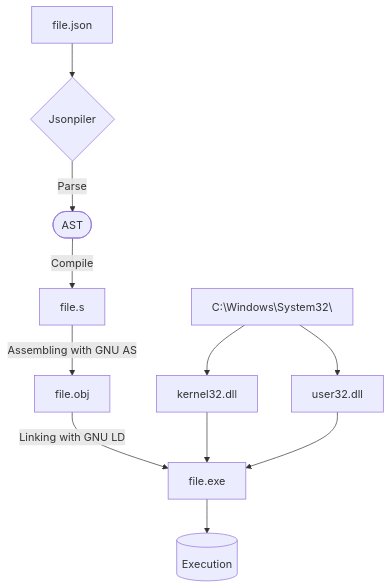
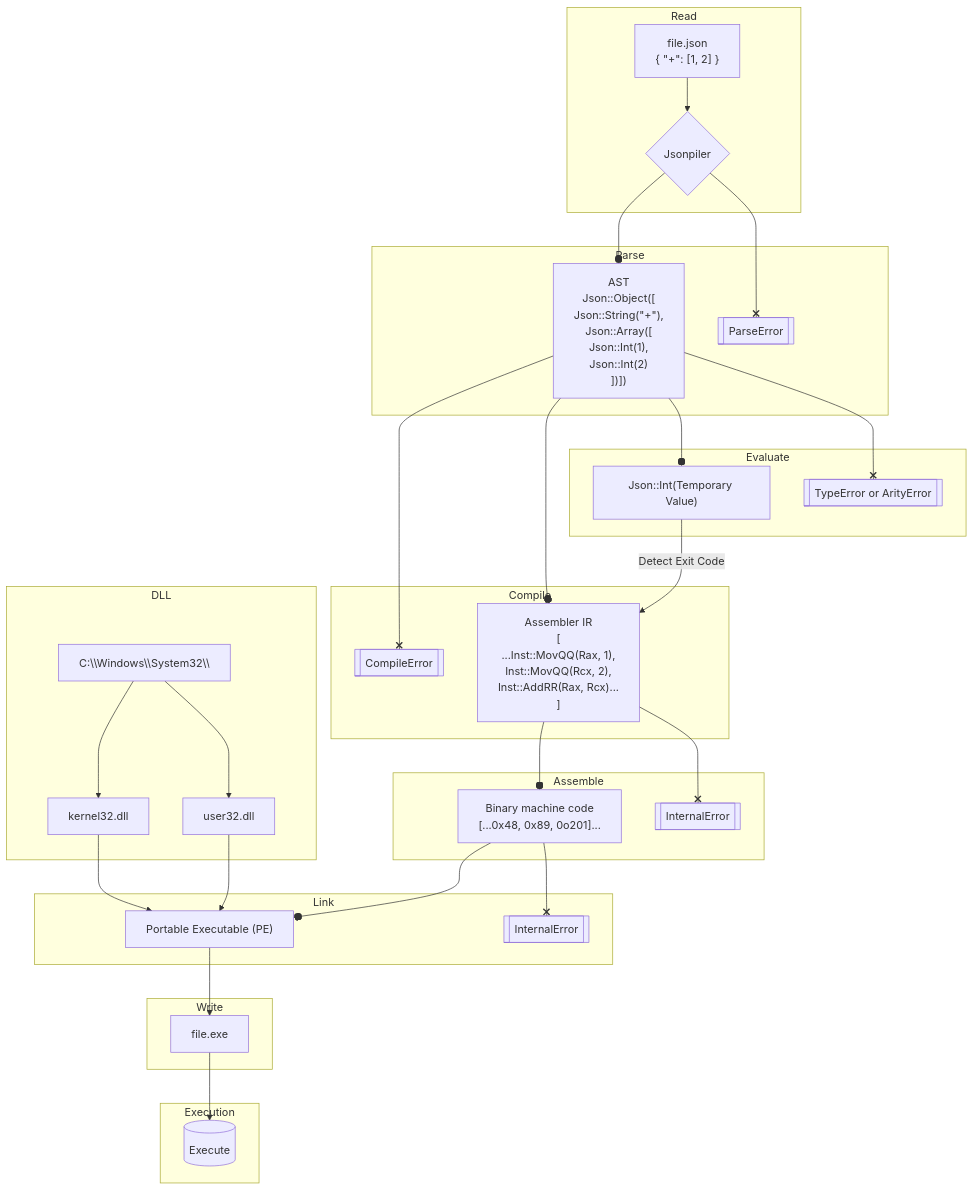
Before and after one commit to HAL-G1THuB/jsonpiler: the diagram in README.md, drawn with Mermaid. The commit also changed other lines of this file and 37 other files, not shown here.

````diff
--- a/README.md
+++ b/README.md
@@ -106,11 +114,53 @@
 ```mermaid
 graph TD
-  A[file.json] --> B{Jsonpiler}
-  B -->|Parse| C([AST])
-  C -->|Compile| D[file.s]
-  D --> |Assembling with GNU AS| E[file.obj]
-  E --> |Linking with GNU LD| F[file.exe]
-  S[C:\Windows\System32\] --> KERNEL32[kernel32.dll] --> F
-  S --> USER32[user32.dll] --> F
-  F --> Exec[(Execution)]
+  subgraph Read
+    A["file.json
+{ &quot;+&quot;: [1, 2] }"] --> B{Jsonpiler}
+  end
+  subgraph Parse
+    B --o C["AST
+Json::Object([
+  Json::String(&quot;+&quot;),
+  Json::Array([
+    Json::Int(1),
+    Json::Int(2)
+])])"]
+    B --x PError[[ParseError]]
+  end
+  subgraph Compile
+    C --x CError[[CompileError]]
+    C --o E["Assembler IR
+[
+  ...Inst::MovQQ(Rax, 1),
+  Inst::MovQQ(Rcx, 2),
+  Inst::AddRR(Rax, Rcx)...
+]"]
+  end
+  subgraph Evaluate
+    C --o D["Json::Int(Temporary Value)"]
+    C --x EError[[TypeError or ArityError]]
+    D -->|Detect Exit Code| E
+  end
+  subgraph Assemble
+    E --o G["Binary machine code
+  [...0x48, 0x89, 0o201]..."]
+    E --x AError[[InternalError]]
+  end
+  subgraph Link
+    G --o F["Portable Executable (PE)"]
+    G --x LError[[InternalError]]
+  end
+  subgraph Write
+    F --> H[file.exe]
+  end
+  subgraph Execution
+    H --> Exec[(Execute)]
+  end
+  subgraph DLL
+    S[C:\\Windows\\System32\\]
+    KERNEL32[kernel32.dll]
+    USER32[user32.dll]
+    S --> KERNEL32 --> F
+    S --> USER32 --> F
+  end
 ```
````
